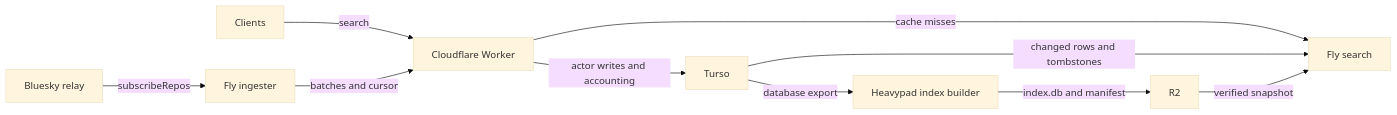
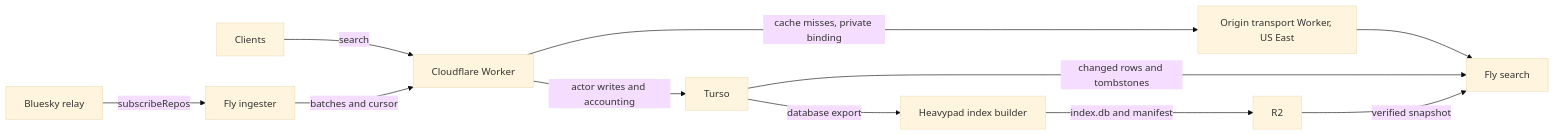
Before and after one commit to zzstoatzz/typeahead: the diagram in README.md, drawn with Mermaid (base theme). The commit also changed other lines of this file and 15 other files, not shown here.

Commit message:
Keep cold search origin hops in US East with a private transport Worker

````diff
--- a/README.md
+++ b/README.md
@@ -42,12 +42,13 @@
 ```mermaid
 flowchart LR
   Clients -->|search| Worker[Cloudflare Worker]
   Relay[Bluesky relay] -->|subscribeRepos| Ingester[Fly ingester]
   Ingester -->|batches and cursor| Worker
   Worker -->|actor writes and accounting| Turso
-  Worker -->|cache misses| Search[Fly search]
+  Worker -->|cache misses, private binding| Transport[Origin transport Worker, US East]
+  Transport --> Search[Fly search]
   Turso -->|changed rows and tombstones| Search
   Turso -->|database export| Builder[Heavypad index builder]
   Builder -->|index.db and manifest| R2
   R2 -->|verified snapshot| Search
 ```
````
